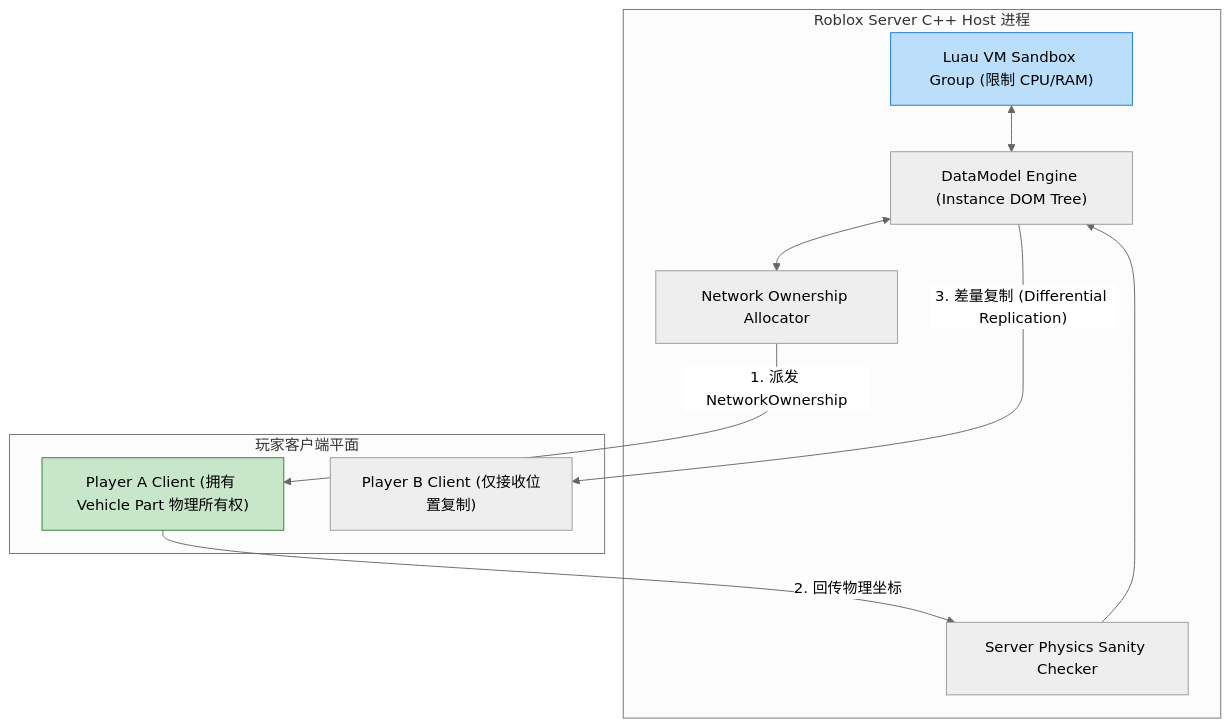
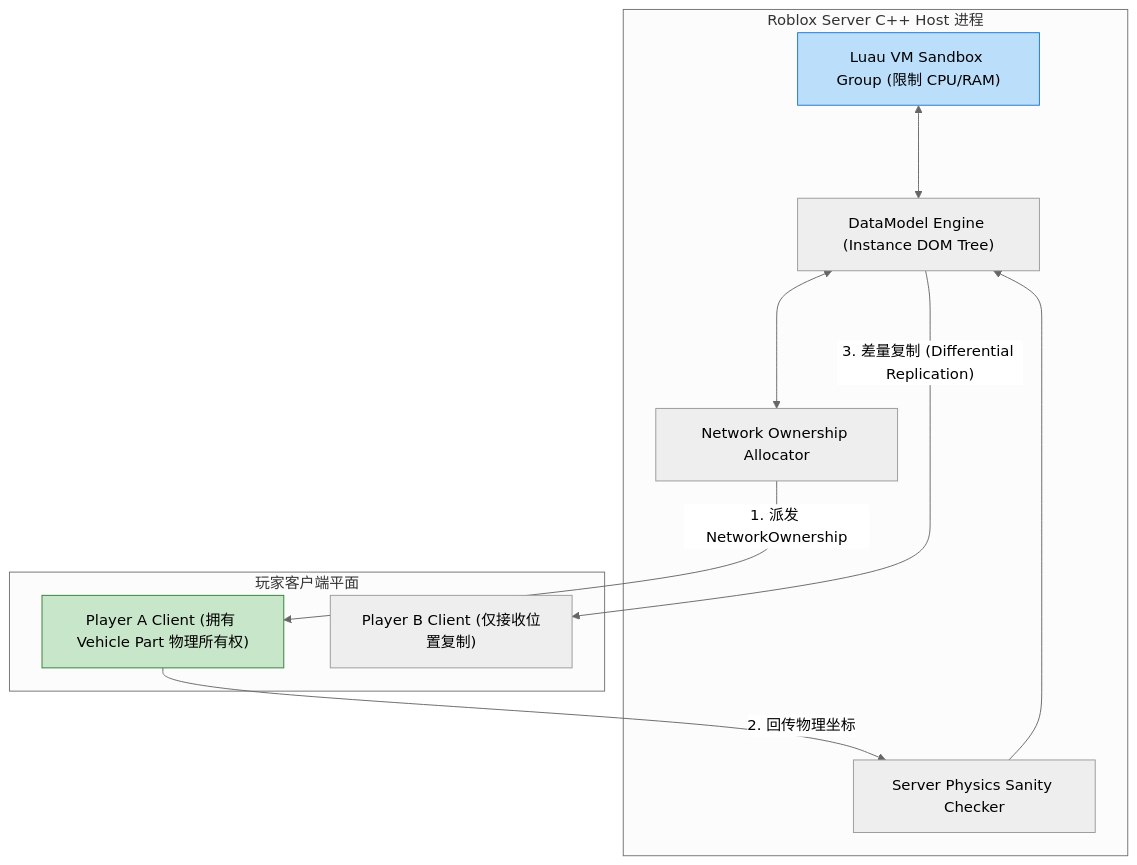
The fourth of 6 diagrams in docs/atlas/roblox.mdx (koosai/AI-Architect-Learning), drawn with Mermaid (neutral theme) before and after one commit. The commit also changed other lines of this file and 68 other files, not shown here.

Commit message:
fix(atlas): fix browser client-side Mermaid rendering for mindmaps and flowcharts across 67 case studies

````diff
--- a/docs/atlas/roblox.mdx
+++ b/docs/atlas/roblox.mdx
@@ -123,24 +123,24 @@
 ```mermaid
 graph TB
   subgraph ServerHostProcess["Roblox Server C++ Host 进程"]
     LuauSandboxGroup["Luau VM Sandbox Group (限制 CPU/RAM)"]
     DataModelDOM["DataModel Engine (Instance DOM Tree)"]
     OwnershipController["Network Ownership Allocator"]
     SanityChecker["Server Physics Sanity Checker"]
   end
 
   subgraph ClientDevices["玩家客户端平面"]
     PlayerA["Player A Client (拥有 Vehicle Part 物理所有权)"]
     PlayerB["Player B Client (仅接收位置复制)"]
   end
 
-  LuauSandboxGroup <--> DataModelDOM
-  DataModelDOM <--> OwnershipController
+  LuauSandboxGroup <---> DataModelDOM
+  DataModelDOM <---> OwnershipController
   OwnershipController -- "1. 派发 NetworkOwnership" --> PlayerA
   PlayerA -- "2. 回传物理坐标" --> SanityChecker
   SanityChecker --> DataModelDOM
   DataModelDOM -- "3. 差量复制 (Differential Replication)" --> PlayerB
 
   style LuauSandboxGroup fill:#bbdefb,stroke:#1976d2
   style PlayerA fill:#c8e6c9,stroke:#2e7d32
 ```
````
